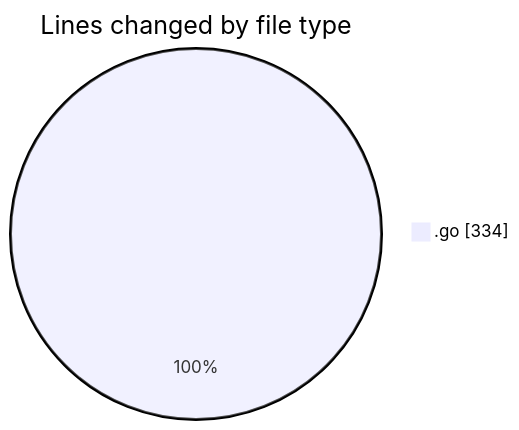
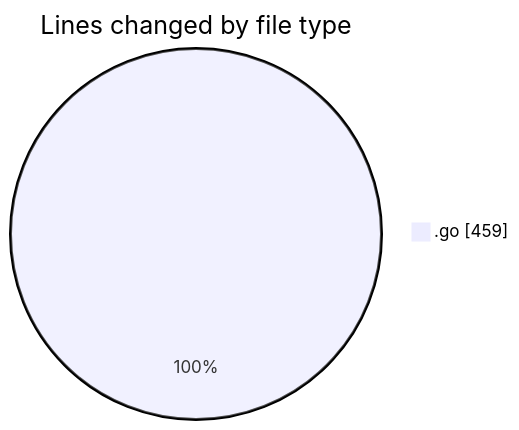
One commit to Ritupan-Deka/code-tracking changed the first of 2 diagrams in 2025-10-31/backend/README.md. Above: the diagram before and after it, drawn with Mermaid. The commit also changed other lines of this file and 1 other file, not shown here.

````diff
--- a/2025-10-31/backend/README.md
+++ b/2025-10-31/backend/README.md
@@ -24,5 +24,5 @@
 ```mermaid
 pie showData
 title Lines changed by file type
-".go" : 334
+".go" : 459
 ```
````
